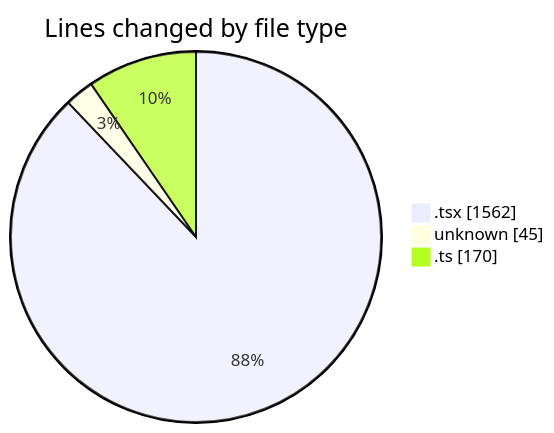
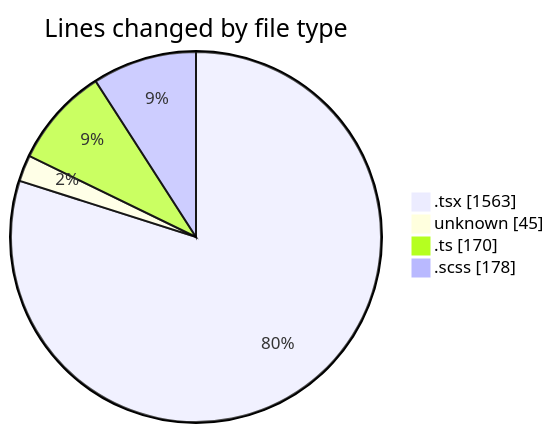
Before and after one commit to momahboobian/code-tracking: the first of 2 diagrams in 2025-09-01/cda/README.md, drawn with Mermaid. The commit also changed other lines of this file and 1 other file, not shown here.

````diff
--- a/2025-09-01/cda/README.md
+++ b/2025-09-01/cda/README.md
@@ -25,7 +26,8 @@
 ```mermaid
 pie showData
 title Lines changed by file type
-".tsx" : 1562
+".tsx" : 1563
 "unknown" : 45
 ".ts" : 170
+".scss" : 178
 ```
````
